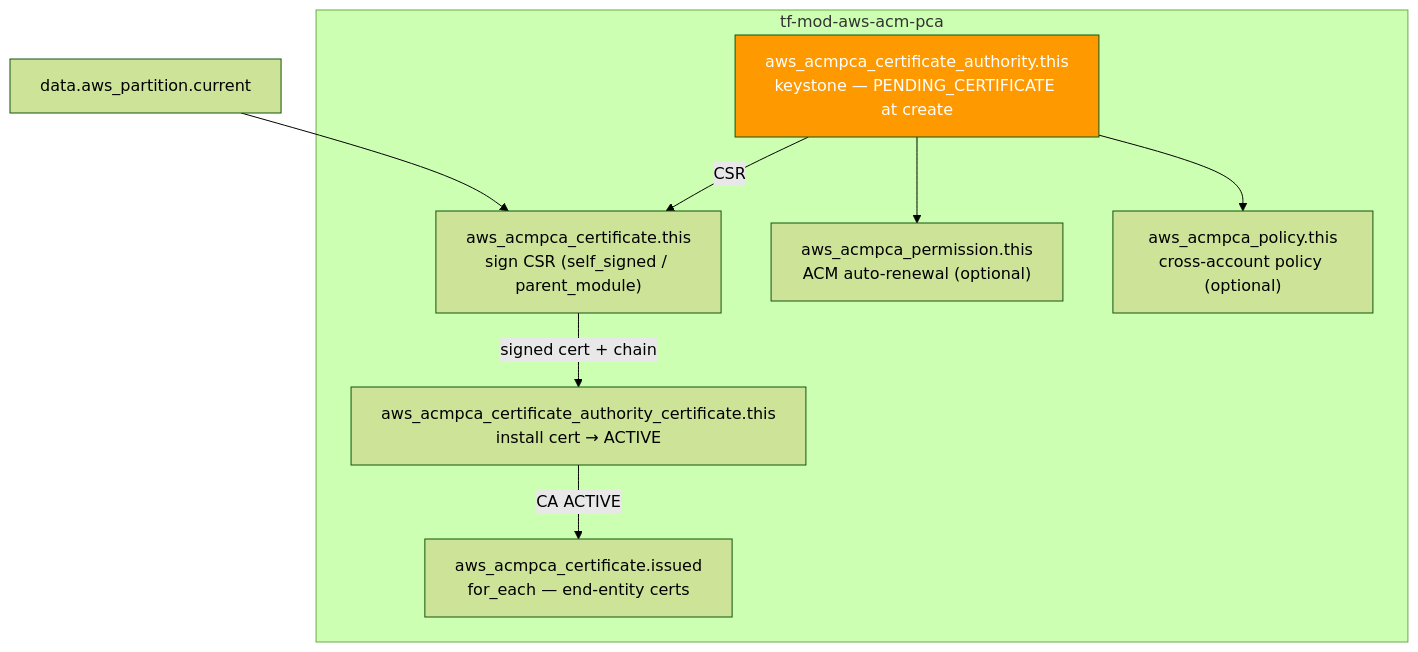
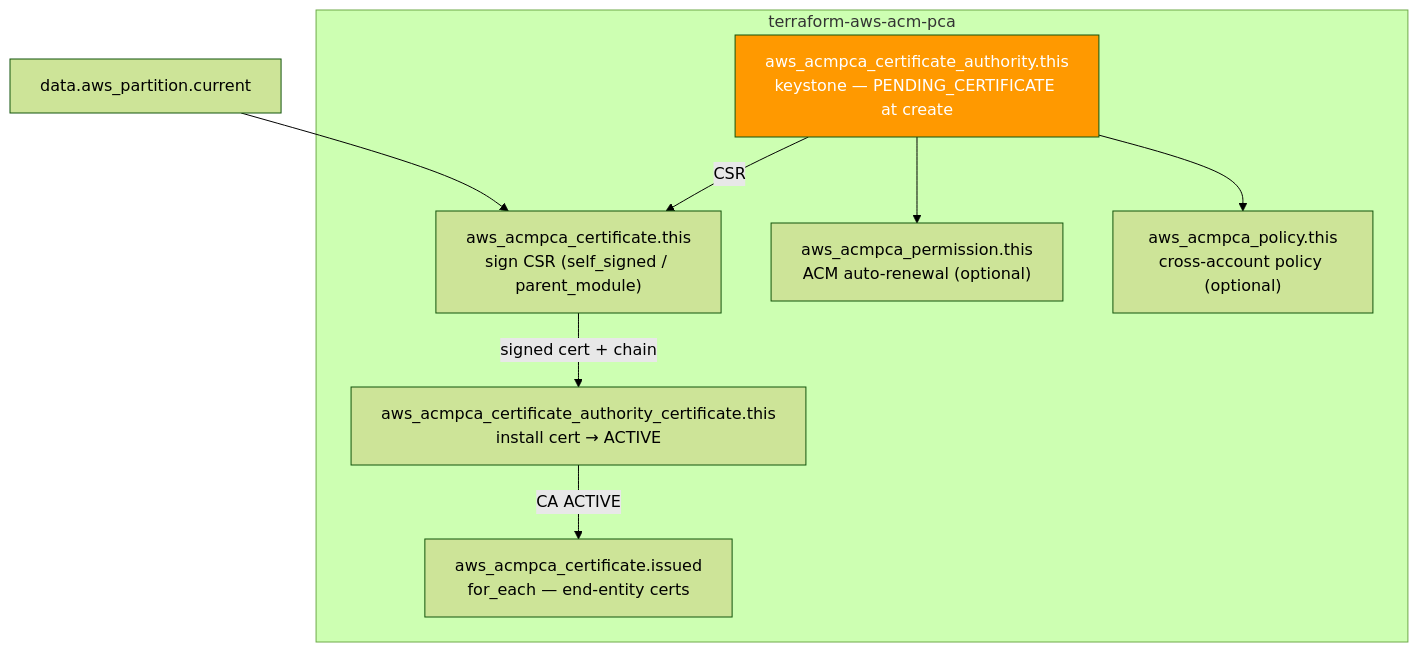
Before and after one commit to microsoftexpert/terraform-aws-acm-pca: the second of 2 diagrams in README.md, drawn with Mermaid (forest theme). The commit also changed other lines of this file and 4 other files, not shown here.

````diff
--- a/README.md
+++ b/README.md
@@ -67,20 +67,20 @@
 ```mermaid
 flowchart TD
- subgraph module["tf-mod-aws-acm-pca"]
+ subgraph module["terraform-aws-acm-pca"]
  ca["aws_acmpca_certificate_authority.this<br/>keystone — PENDING_CERTIFICATE at create"]
  cert["aws_acmpca_certificate.this<br/>sign CSR (self_signed / parent_module)"]
  install["aws_acmpca_certificate_authority_certificate.this<br/>install cert → ACTIVE"]
  issued["aws_acmpca_certificate.issued<br/>for_each — end-entity certs"]
  perm["aws_acmpca_permission.this<br/>ACM auto-renewal (optional)"]
  pol["aws_acmpca_policy.this<br/>cross-account policy (optional)"]
  end
 
  part["data.aws_partition.current"] --> cert
  ca -->|CSR| cert
  cert -->|signed cert + chain| install
  install -->|CA ACTIVE| issued
  ca --> perm
  ca --> pol
 
  style ca fill:#FF9900,color:#fff
 ```
````
